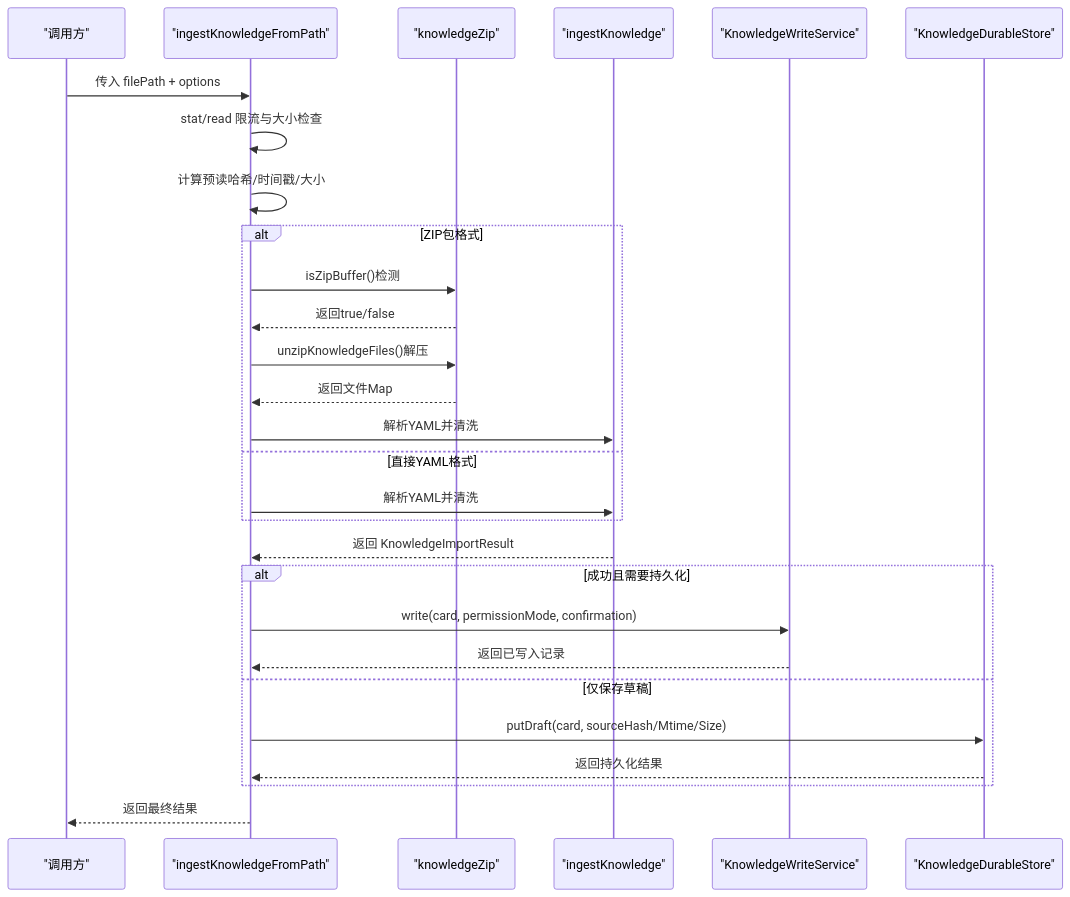
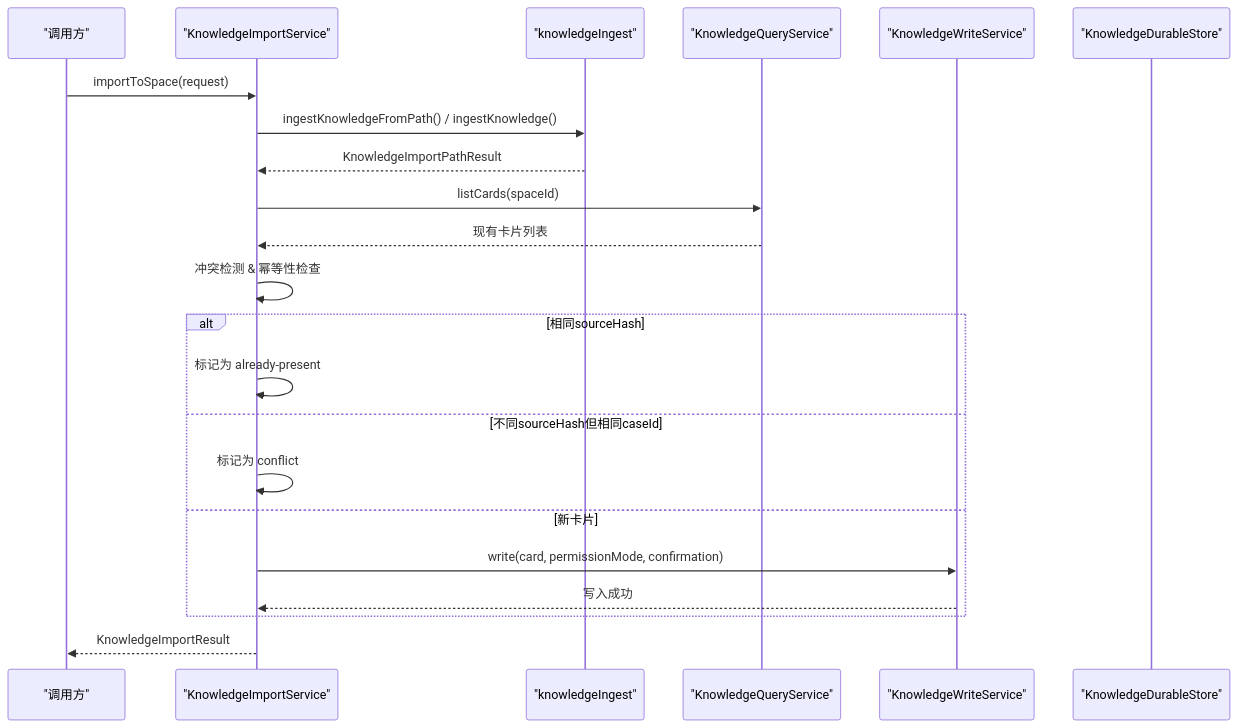
The second of 4 diagrams in .qoder/repowiki/zh/content/架构设计/核心组件设计/知识编译服务设计/冷数据导入.md (haolange/RDC-Agent), drawn with Mermaid before and after one commit. The commit also changed other lines of this file and 6 other files, not shown here.

````diff
--- a/.qoder/repowiki/zh/content/架构设计/核心组件设计/知识编译服务设计/冷数据导入.md
+++ b/.qoder/repowiki/zh/content/架构设计/核心组件设计/知识编译服务设计/冷数据导入.md
@@ -110,30 +124,24 @@
 ```mermaid
 sequenceDiagram
 participant U as "调用方"
-participant I as "ingestKnowledgeFromPath"
-participant Z as "knowledgeZip"
-participant P as "ingestKnowledge"
-participant W as "KnowledgeWriteService"
-participant S as "KnowledgeDurableStore"
-U->>I : 传入 filePath + options
-I->>I : stat/read 限流与大小检查
-I->>I : 计算预读哈希/时间戳/大小
-alt ZIP包格式
-I->>Z : isZipBuffer()检测
-Z-->>I : 返回true/false
-I->>Z : unzipKnowledgeFiles()解压
-Z-->>I : 返回文件Map
-I->>P : 解析YAML并清洗
-else 直接YAML格式
-I->>P : 解析YAML并清洗
+participant KIS as "KnowledgeImportService"
+participant KI as "knowledgeIngest"
+participant QS as "KnowledgeQueryService"
+participant WS as "KnowledgeWriteService"
+participant DS as "KnowledgeDurableStore"
+U->>KIS : importToSpace(request)
+KIS->>KI : ingestKnowledgeFromPath() / ingestKnowledge()
+KI-->>KIS : KnowledgeImportPathResult
+KIS->>QS : listCards(spaceId)
+QS-->>KIS : 现有卡片列表
+KIS->>KIS : 冲突检测 & 幂等性检查
+alt 相同sourceHash
+KIS->>KIS : 标记为 already-present
+else 不同sourceHash但相同caseId
+KIS->>KIS : 标记为 conflict
+else 新卡片
+KIS->>WS : write(card, permissionMode, confirmation)
+WS-->>KIS : 写入成功
 end
-P-->>I : 返回 KnowledgeImportResult
-alt 成功且需要持久化
-I->>W : write(card, permissionMode, confirmation)
-W-->>I : 返回已写入记录
-else 仅保存草稿
-I->>S : putDraft(card, sourceHash/Mtime/Size)
-S-->>I : 返回持久化结果
-end
-I-->>U : 返回最终结果
+KIS-->>U : KnowledgeImportResult
 ```
````
